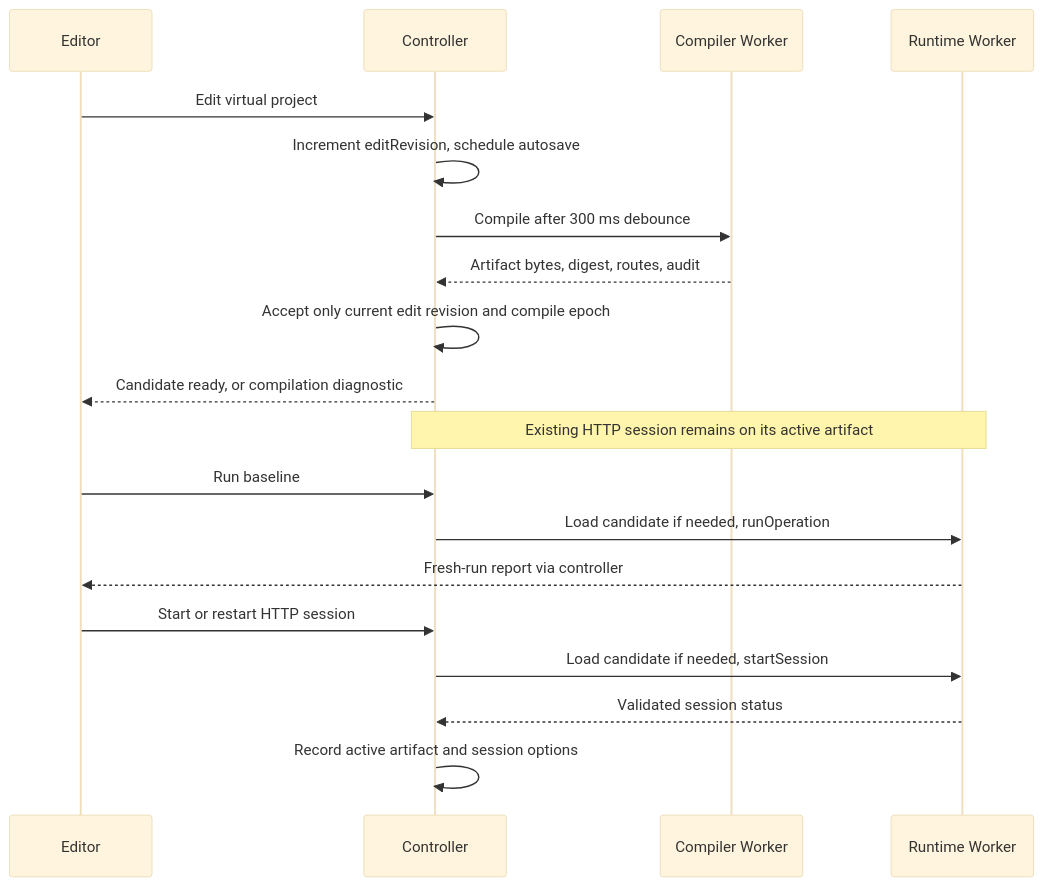
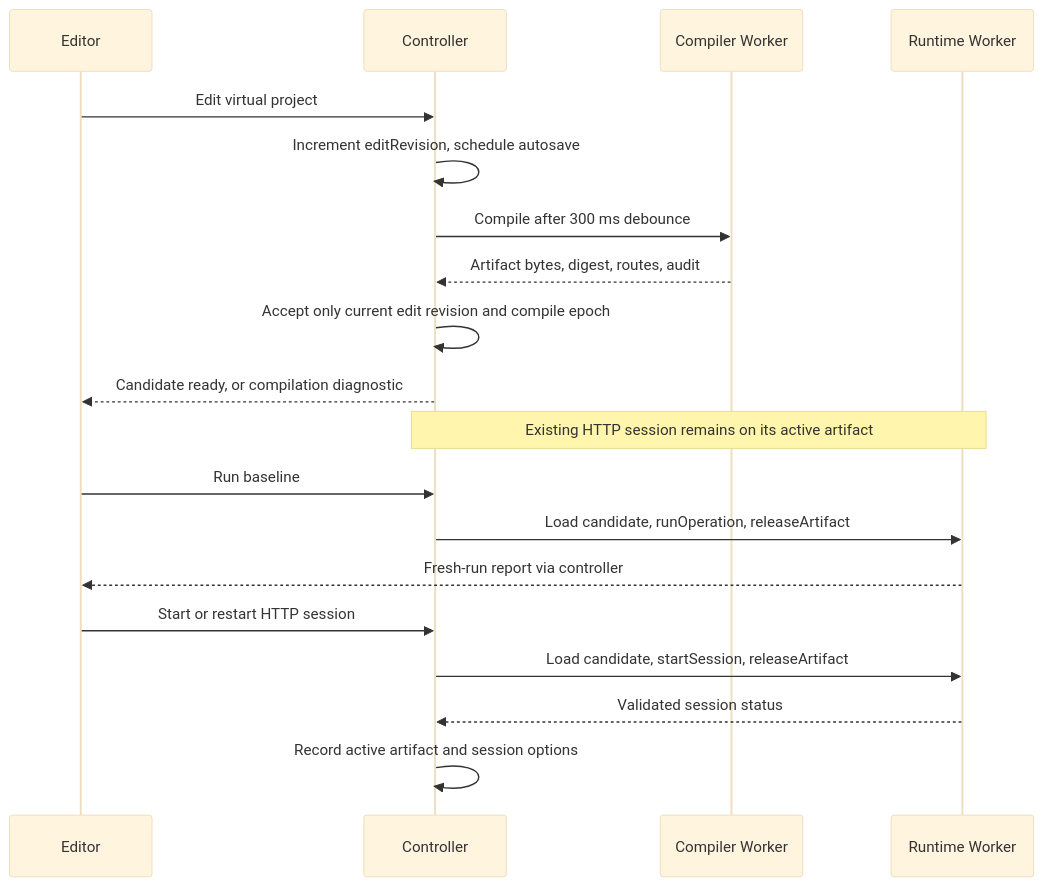
Before and after one commit to inttegro/simile: the second of 4 diagrams in playground/ARCHITECTURE.md, drawn with Mermaid (base theme). The commit also changed other lines of this file and 14 other files, not shown here.

````diff
--- a/playground/ARCHITECTURE.md
+++ b/playground/ARCHITECTURE.md
@@ -75,21 +82,21 @@
 ```mermaid
 sequenceDiagram
     participant Editor
     participant Model as Controller
     participant Compiler as Compiler Worker
     participant Runtime as Runtime Worker
     Editor->>Model: Edit virtual project
     Model->>Model: Increment editRevision, schedule autosave
     Model->>Compiler: Compile after 300 ms debounce
     Compiler-->>Model: Artifact bytes, digest, routes, audit
     Model->>Model: Accept only current edit revision and compile epoch
     Model-->>Editor: Candidate ready, or compilation diagnostic
     Note over Model,Runtime: Existing HTTP session remains on its active artifact
     Editor->>Model: Run baseline
-    Model->>Runtime: Load candidate if needed, runOperation
+    Model->>Runtime: Load candidate, runOperation, releaseArtifact
     Runtime-->>Editor: Fresh-run report via controller
     Editor->>Model: Start or restart HTTP session
-    Model->>Runtime: Load candidate if needed, startSession
+    Model->>Runtime: Load candidate, startSession, releaseArtifact
     Runtime-->>Model: Validated session status
     Model->>Model: Record active artifact and session options
 ```
````
